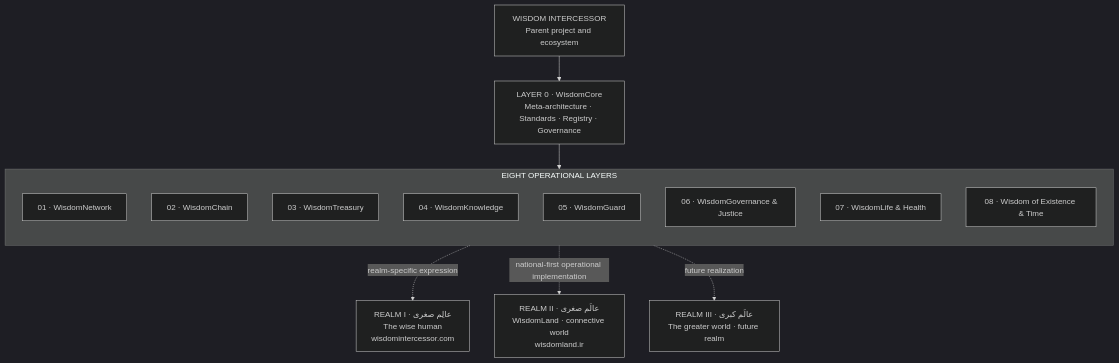
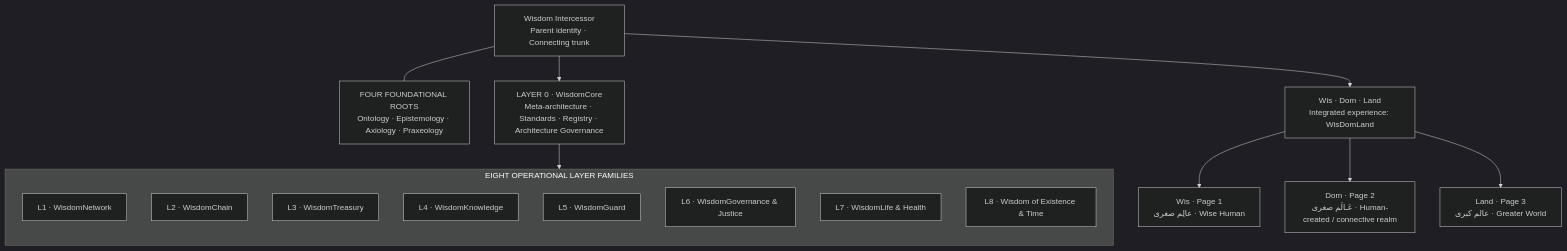
One commit to Wisdom-Intercessor/.github changed the diagram in profile/README.md. Above: the diagram before and after it, drawn with Mermaid (dark theme). The commit also changed other lines of this file, not shown here.

Commit message:
docs: rewrite org profile for Wis Dom Land architecture

````diff
--- a/profile/README.md
+++ b/profile/README.md
@@ -17,27 +20,26 @@
 ```mermaid
 flowchart TB
-  WI["WISDOM INTERCESSOR<br/>Parent project and ecosystem"]
-  L0["LAYER 0 · WisdomCore<br/>Meta-architecture · Standards · Registry · Governance"]
+  WI["Wisdom Intercessor<br/>Parent identity · Connecting trunk"]
+  ROOTS["FOUR FOUNDATIONAL ROOTS<br/>Ontology · Epistemology · Axiology · Praxeology"]
+  L0["LAYER 0 · WisdomCore<br/>Meta-architecture · Standards · Registry · Architecture Governance"]
+  WI --- ROOTS
   WI --> L0
-
-  subgraph LAYERS["EIGHT OPERATIONAL LAYERS"]
-    direction TB
-    L1["01 · WisdomNetwork"]
-    L2["02 · WisdomChain"]
-    L3["03 · WisdomTreasury"]
-    L4["04 · WisdomKnowledge"]
-    L5["05 · WisdomGuard"]
-    L6["06 · WisdomGovernance & Justice"]
-    L7["07 · WisdomLife & Health"]
-    L8["08 · Wisdom of Existence & Time"]
-  end
   L0 --> LAYERS
 
-  R1["REALM I · عالِم صغری<br/>The wise human<br/>wisdomintercessor.com"]
-  R2["REALM II · عالَم صغری<br/>WisdomLand · connective world<br/>wisdomland.ir"]
-  R3["REALM III · عالَم کبری<br/>The greater world · future realm"]
+  subgraph LAYERS["EIGHT OPERATIONAL LAYER FAMILIES"]
+    direction TB
+    L1["L1 · WisdomNetwork"]
+    L2["L2 · WisdomChain"]
+    L3["L3 · WisdomTreasury"]
+    L4["L4 · WisdomKnowledge"]
+    L5["L5 · WisdomGuard"]
+    L6["L6 · WisdomGovernance & Justice"]
+    L7["L7 · WisdomLife & Health"]
+    L8["L8 · Wisdom of Existence & Time"]
+  end
 
-  LAYERS -. "realm-specific expression" .-> R1
-  LAYERS -. "national-first operational implementation" .-> R2
-  LAYERS -. "future realization" .-> R3
+  WI --> EXPERIENCE["Wis · Dom · Land<br/>Integrated experience: WisDomLand"]
+  EXPERIENCE --> WIS["Wis · Page 1<br/>عالِم صغری · Wise Human"]
+  EXPERIENCE --> DOM["Dom · Page 2<br/>عَـالَم صغری · Human-created / connective realm"]
+  EXPERIENCE --> LAND["Land · Page 3<br/>عالم کبری · Greater World"]
 ```
````
